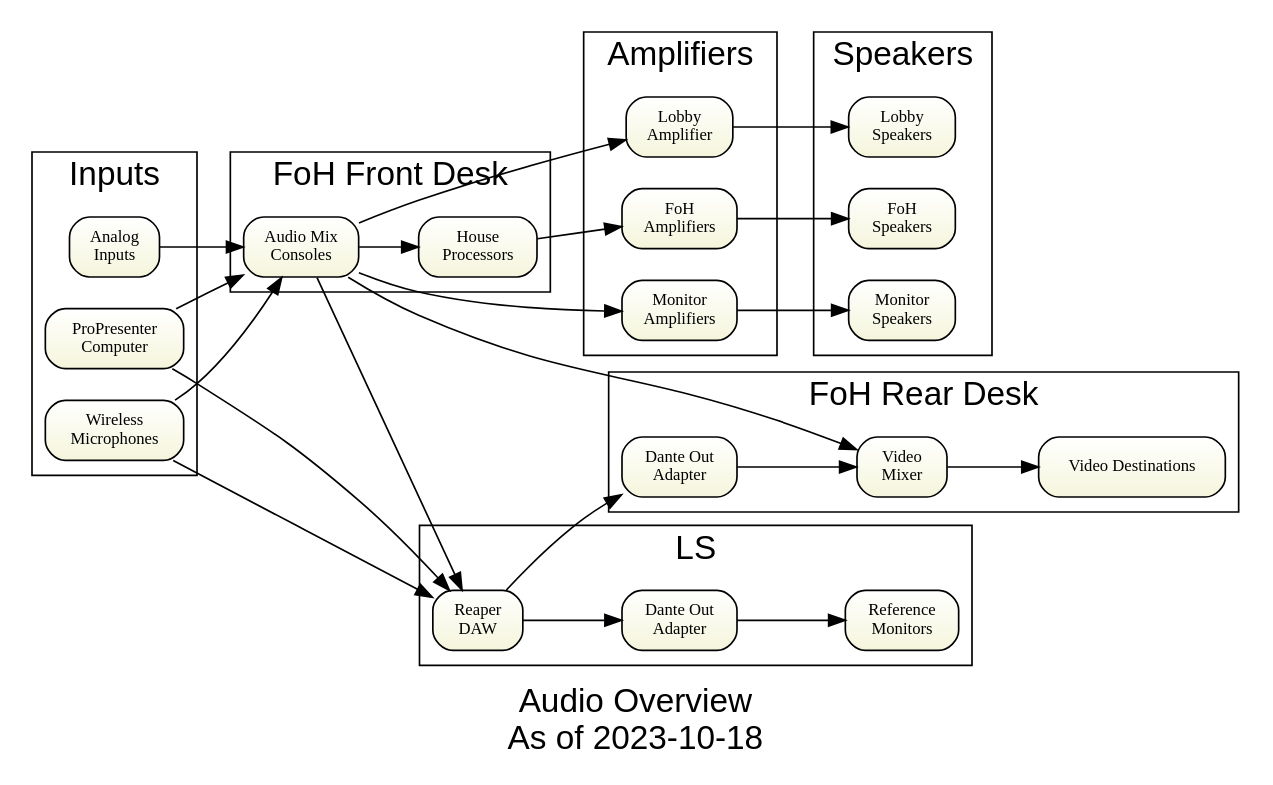
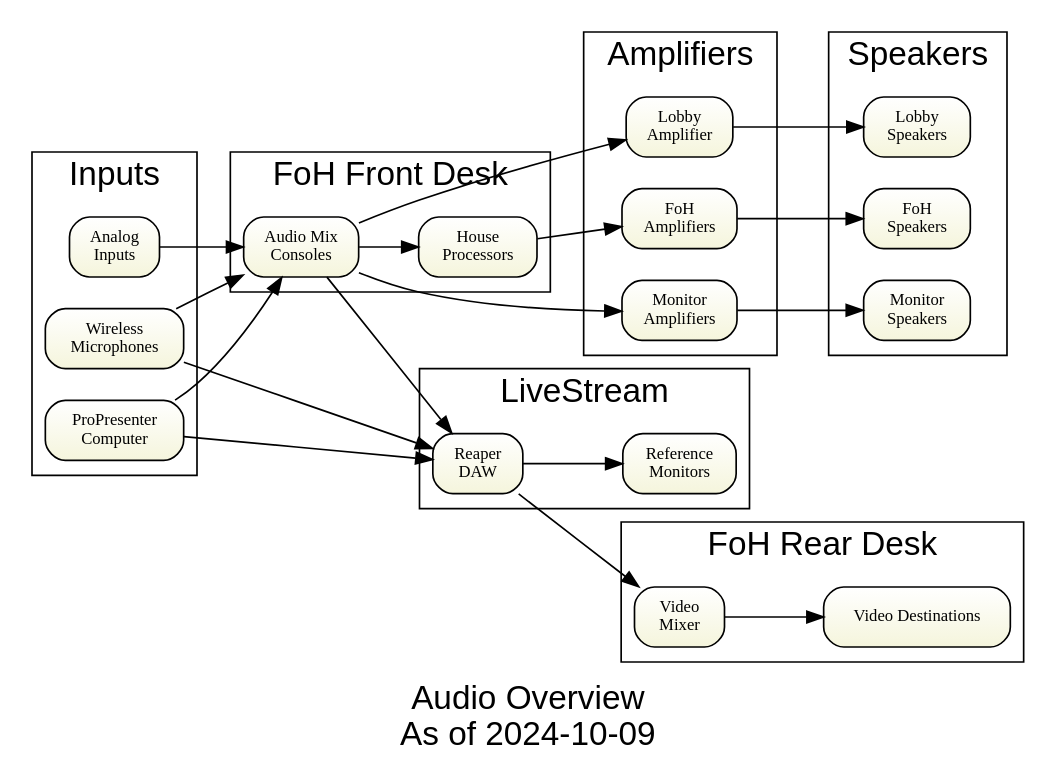
Before and after one commit to avmaint/uactechdoc: the diagram in gv/sda-overview.gv, drawn with Graphviz. The commit also changed 6 other files, not shown here.

```diff
--- a/gv/sda-overview.gv
+++ b/gv/sda-overview.gv
@@ -1,75 +1,70 @@
 digraph overview { 
 
 graph [overlap = true, fontsize = 20, rankdir=LR 
-      label="Audio Overview\nAs of 2023-10-18", 
+      label="Audio Overview\nAs of 2024-10-09", 
       fontname = Helvetica]
 
 node [shape=Mrecord, tooltip="" , fontsize = 10, 
       fillcolor="white:beige" , style=filled  
       gradientangle=270]
 
 mics [label="Wireless\nMicrophones"]
 ppcomputer [label="ProPresenter\nComputer"]
 otherinputs [label="Analog\nInputs"]
 
 mics        -> consoles
 ppcomputer  -> consoles  
 otherinputs -> consoles
 
-consoles  -> videomixer
-
 subgraph cluster_fohfront {label="FoH Front Desk"   fontsize = 20
   consoles			[label="Audio Mix\nConsoles"]
   dsp				[label="House\nProcessors"]
 }
 
 subgraph cluster_fohrear {label="FoH Rear Desk"   fontsize = 20
   videomixer		[label="Video\nMixer"]
-  videomixeravio	[label="Dante Out\nAdapter"]
   videodestinations [label="Video Destinations"]
 }
 
-videomixeravio -> videomixer
+daw -> videomixer
 videomixer -> videodestinations
 
-subgraph cluster_livestream  {label="LS"   fontsize = 20
+subgraph cluster_livestream  {label="LiveStream"   fontsize = 20
   daw			[label="Reaper\nDAW"]
   refmon		[label="Reference\nMonitors "]
-  refmonavio	[label="Dante Out\nAdapter"]
+
  }
 
 consoles    -> dsp  
 consoles	-> daw
 mics		-> daw
-daw  		-> refmonavio
-refmonavio	-> refmon
-daw			-> videomixeravio
+daw  		-> refmon
 ppcomputer	-> daw
 
 subgraph cluster_inputs {label="Inputs" fontsize = 20
 mics
 ppcomputer
 otherinputs
 }
 
 subgraph cluster_amps { label="Amplifiers" fontsize = 20
   houseamp		[label="FoH\nAmplifiers"]
   monitoramp	[label="Monitor\nAmplifiers"]  
   lobbyamp		[label="Lobby\nAmplifier"]
 }
 
 subgraph cluster_spkrs {label="Speakers"
   monitorspeakers	[label="Monitor\nSpeakers"] 
   lobbyspeakers 	[label="Lobby\nSpeakers"]
   housespeakers 	[label="FoH\nSpeakers"]
 }
 
 dsp  -> houseamp 
 houseamp -> housespeakers  
 
 consoles    -> lobbyamp
 lobbyamp    -> lobbyspeakers
 
 consoles    -> monitoramp 
 monitoramp  -> monitorspeakers 
 } 
```
